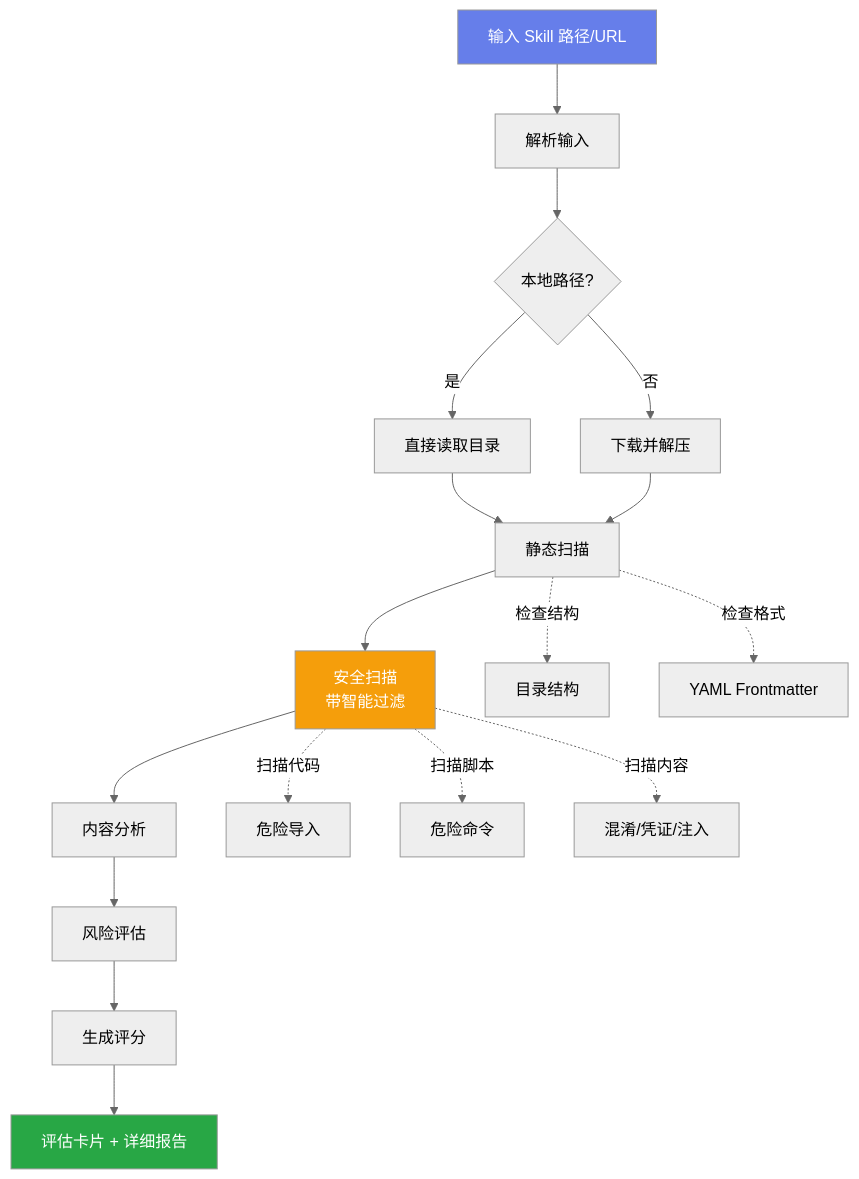
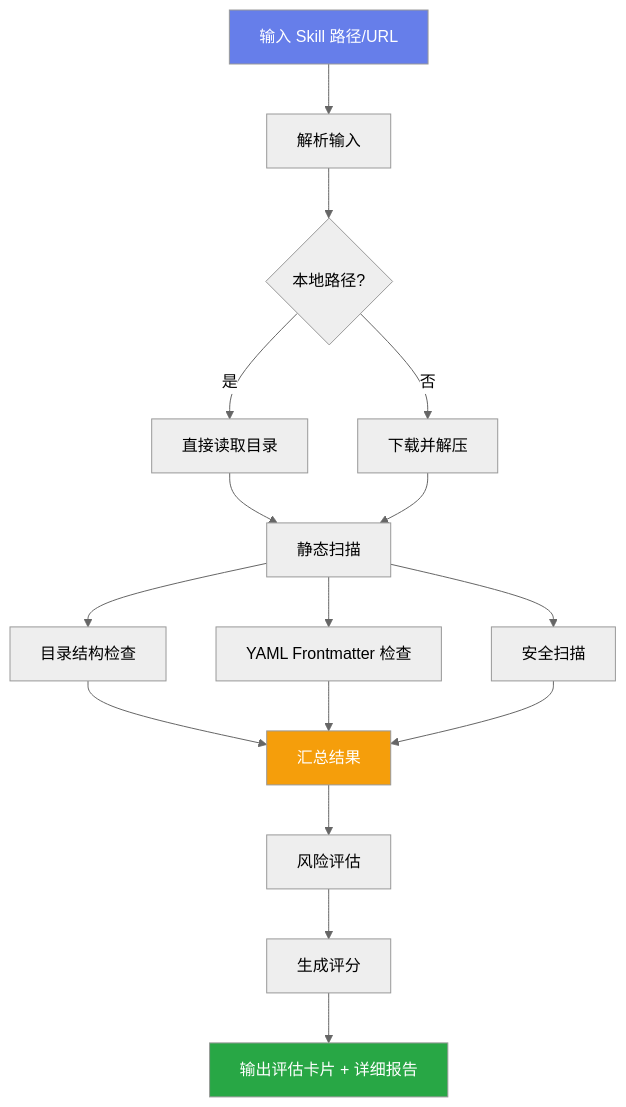
Before and after one commit to yinyanwen1979/skill-evaluator: the diagram in README.md, drawn with Mermaid (neutral theme).

Commit message:
Improve workflow: add result aggregation step

````diff
--- a/README.md
+++ b/README.md
@@ -62,24 +62,25 @@
 ```mermaid
 flowchart TD
     A[输入 Skill 路径/URL] --> B[解析输入]
     B --> C{本地路径?}
     C -->|是| D[直接读取目录]
     C -->|否| E[下载并解压]
-    D --> F[静态扫描]
+    D --> F
     E --> F
-    F --> G[安全扫描<br/>带智能过滤]
-    G --> H[内容分析]
-    H --> I[风险评估]
-    I --> J[生成评分]
-    J --> K[评估卡片 + 详细报告]
     
-    F -.->|检查结构| L[目录结构]
-    F -.->|检查格式| M[YAML Frontmatter]
-    G -.->|扫描代码| N[危险导入]
-    G -.->|扫描脚本| O[危险命令]
-    G -.->|扫描内容| P[混淆/凭证/注入]
+    F[静态扫描] --> G[目录结构检查]
+    F --> H[YAML Frontmatter 检查]
+    F --> I[安全扫描]
+    
+    G --> J[汇总结果]
+    H --> J
+    I --> J
+    
+    J --> K[风险评估]
+    K --> L[生成评分]
+    L --> M[输出评估卡片 + 详细报告]
     
     style A fill:#667eea,color:#fff
-    style K fill:#28a745,color:#fff
-    style G fill:#f59e0b,color:#fff
+    style M fill:#28a745,color:#fff
+    style J fill:#f59e0b,color:#fff
 ```
````
